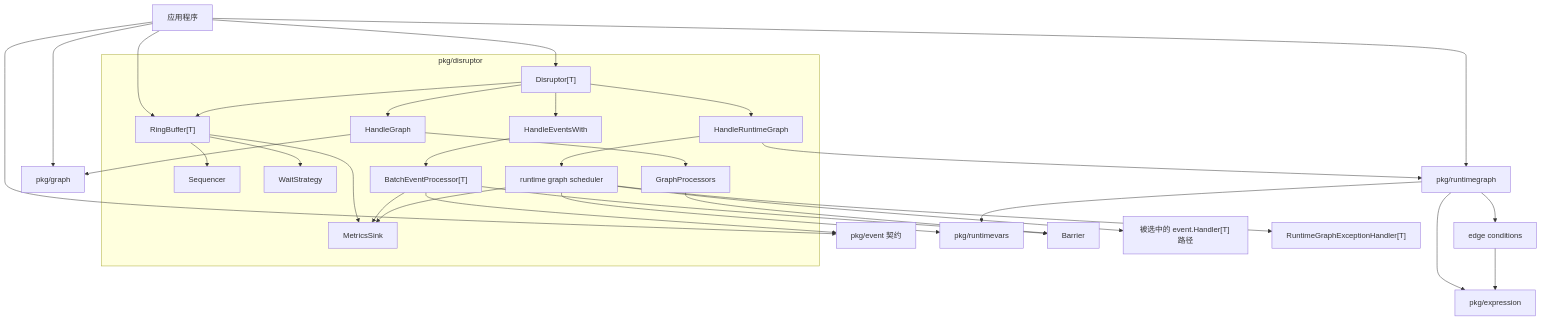
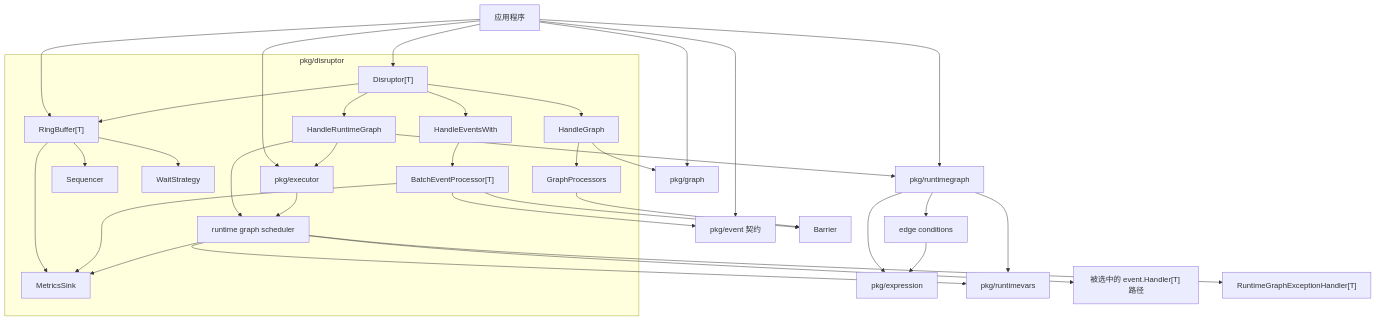
One commit to photowey/disruptor.go changed the first of 5 diagrams in README.zh-CN.md. Above: the diagram before and after it, drawn with Mermaid. The commit also changed other lines of this file and 22 other files, not shown here.

Commit message:
feat: add executor futures and runtime graph workers

````diff
--- a/README.zh-CN.md
+++ b/README.zh-CN.md
@@ -158,37 +158,40 @@
 ```mermaid
 flowchart TB
     App["应用程序"] --> D["Disruptor[T]"]
     App --> RB["RingBuffer[T]"]
     App --> EventPkg["pkg/event 契约"]
+    App --> ExecutorPkg["pkg/executor"]
     App --> GraphPkg["pkg/graph"]
     App --> RuntimeGraphPkg["pkg/runtimegraph"]
     RuntimeGraphPkg --> ExprPkg["pkg/expression"]
     RuntimeGraphPkg --> VarsPkg["pkg/runtimevars"]
 
     subgraph DisruptorPkg["pkg/disruptor"]
         D --> RB
         RB --> S["Sequencer"]
         RB --> W["WaitStrategy"]
         RB --> M["MetricsSink"]
 
         D --> Fanout["HandleEventsWith"]
         D --> StaticGraph["HandleGraph"]
         D --> RuntimeGraphMode["HandleRuntimeGraph"]
         Fanout --> P["BatchEventProcessor[T]"]
         StaticGraph --> GP["GraphProcessors"]
         RuntimeGraphMode --> RSP["runtime graph scheduler"]
+        RuntimeGraphMode --> ExecutorPkg
     end
 
     P --> B["Barrier"]
     P --> EventPkg
     GP --> B
     StaticGraph --> GraphPkg
     RuntimeGraphMode --> RuntimeGraphPkg
     RuntimeGraphPkg --> EC["edge conditions"]
     EC --> ExprPkg
     RSP --> VarsPkg
+    ExecutorPkg --> RSP
     RSP --> RH["被选中的 event.Handler[T] 路径"]
     RSP --> RE["RuntimeGraphExceptionHandler[T]"]
     P --> M
     RSP --> M
 ```
````
